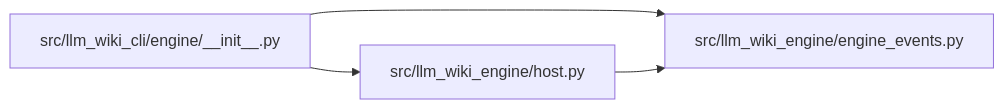
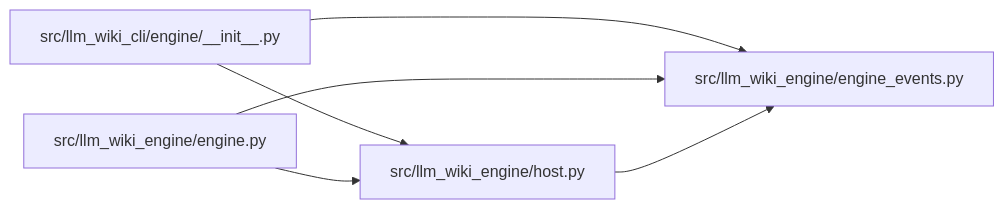
The diagram in docs/llm_wiki/modules/engine_events.md (Denissvgn/python-wiki-llm), drawn with Mermaid before and after one commit. The commit also changed other lines of this file and 719 other files, not shown here.

Commit message:
docs: refresh the wiki for the engine's own use cases

````diff
--- a/docs/llm_wiki/modules/engine_events.md
+++ b/docs/llm_wiki/modules/engine_events.md
@@ -54,12 +54,16 @@
 ```mermaid
 flowchart LR
     n0["src/llm_wiki_cli/engine/__init__.py"]
-    n1["src/llm_wiki_engine/engine_events.py"]
-    n2["src/llm_wiki_engine/host.py"]
-    n0 --> n1
+    n1["src/llm_wiki_engine/engine.py"]
+    n2["src/llm_wiki_engine/engine_events.py"]
+    n3["src/llm_wiki_engine/host.py"]
     n0 --> n2
-    n2 --> n1
+    n0 --> n3
+    n1 --> n2
+    n1 --> n3
+    n3 --> n2
     click n0 "../modules/engine___init__.md"
-    click n1 "../modules/engine_events.md"
-    click n2 "../modules/host.md"
+    click n1 "../modules/engine.md"
+    click n2 "../modules/engine_events.md"
+    click n3 "../modules/host.md"
 ```
````
